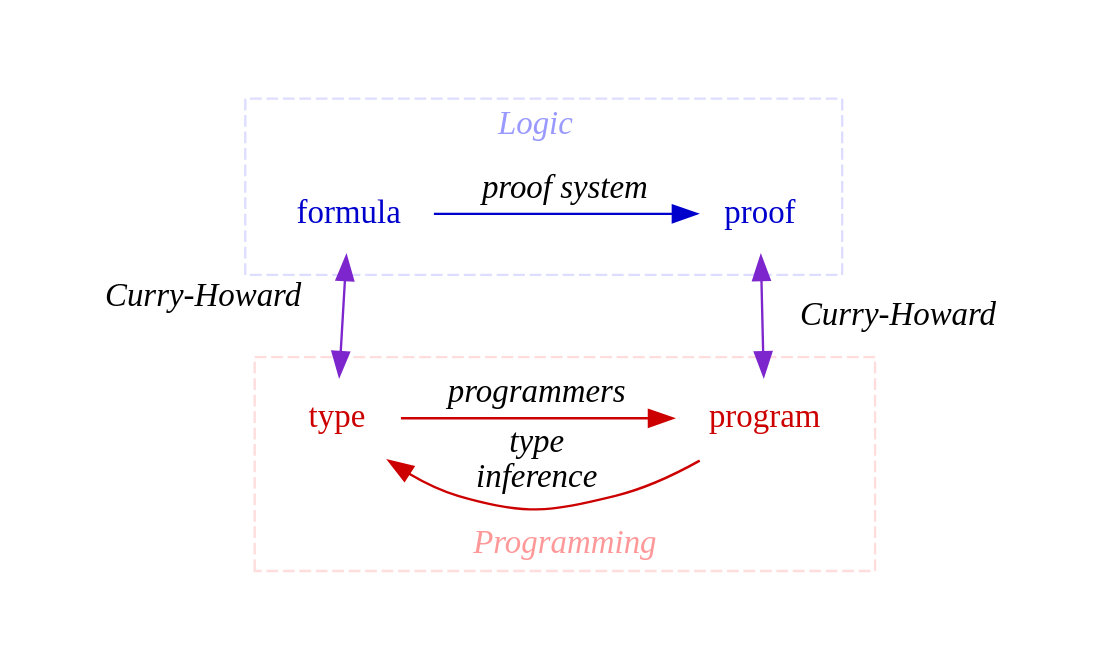
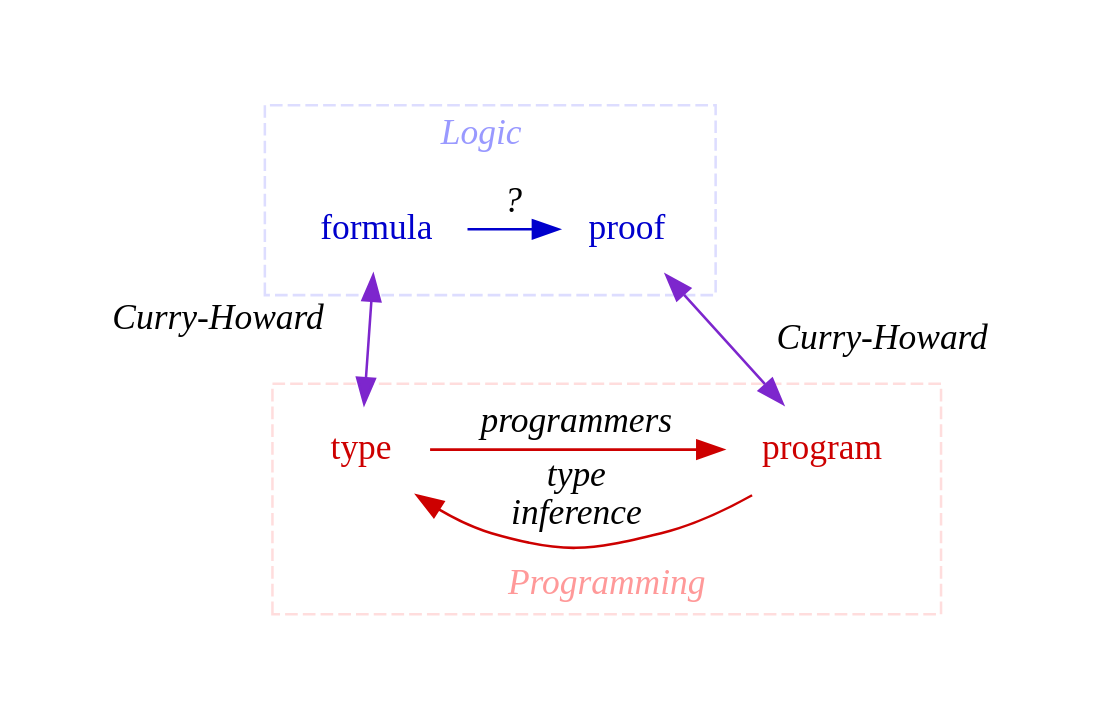
One commit to arosien/sequentish changed the diagram in src/main/asciidoctor/curry-howard.dot. Above: the diagram before and after it, drawn with Graphviz. The commit also changed 1 other file, not shown here.

Commit message:
Remove proof system label from curry-howard graphs.

```diff
--- a/src/main/asciidoctor/curry-howard.dot
+++ b/src/main/asciidoctor/curry-howard.dot
@@ -1,42 +1,42 @@
 digraph x {
   pad=0.4
   size="9,15!"
   node [shape=none]
   edge [color=grey fontname="times-italic"]
 
   subgraph cluster_logic {
     label=<Logic>
     color="#ddddff"
     fontcolor="#9999ff"
     fontname="times-italic"
     style=dashed
 
     formula [fontcolor=blue3]
     proof [fontcolor=blue3]
     
     { rank=same formula proof }
   }
  
   subgraph cluster_prog {
     label="\nProgramming"
     labelloc=b
     color="#ffdddd"
     fontcolor="#ff9999"
     fontname="times-italic"
     style=dashed
     
     program [fontcolor=red3]
     type [fontcolor=red3]
     
     { rank=same type program }  
   }
 
   type -> program [label="programmers",color=red3]
   program -> type [label="type\ninference",color=red3]
 
-  formula -> proof [label="proof system",color=blue3]
+  formula -> proof [label="?",color=blue3]
 
   formula -> type [xlabel="Curry-Howard  ",dir=both,color=purple3]
   program -> proof [label="  Curry-Howard",dir=both,color=purple3]
  
 }
```
